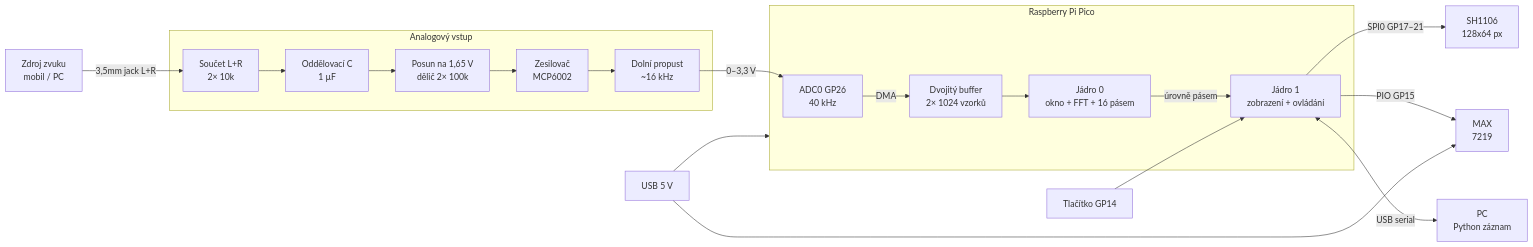
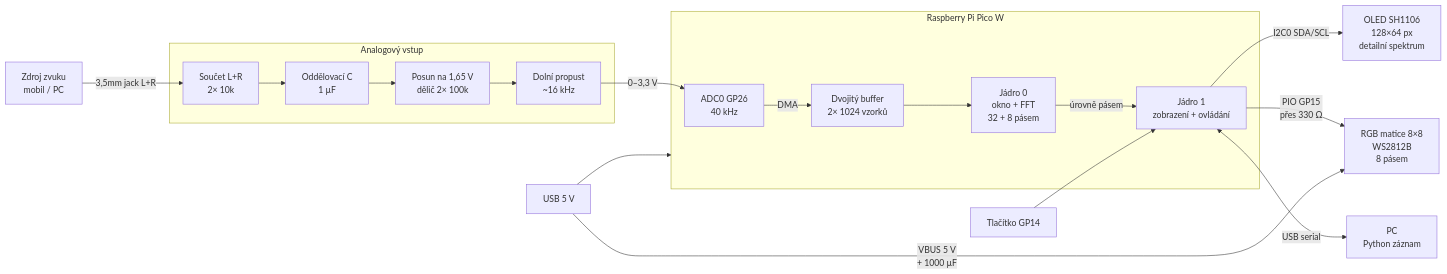
One commit to Rauf16/de2-audio-spectrum changed the diagram in README.md. Above: the diagram before and after it, drawn with Mermaid. The commit also changed other lines of this file, not shown here.

First line of the commit message:
Revise README with flowchart updates and details

````diff
--- a/README.md
+++ b/README.md
@@ -24,19 +24,19 @@
 ```mermaid
 flowchart LR
   SRC[Zdroj zvuku<br/>mobil / PC] -->|3,5mm jack L+R| MIX
   subgraph AFE[Analogový vstup]
-    MIX[Součet L+R<br/>2× 10k] --> CAP[Oddělovací C<br/>1 µF] --> BIAS[Posun na 1,65 V<br/>dělič 2× 100k] --> AMP[Zesilovač<br/>MCP6002] --> LPF[Dolní propust<br/>~16 kHz]
+    MIX[Součet L+R<br/>2× 10k] --> CAP[Oddělovací C<br/>1 µF] --> BIAS[Posun na 1,65 V<br/>dělič 2× 100k] --> LPF[Dolní propust<br/>~16 kHz]
   end
   LPF -->|0–3,3 V| ADC
-  subgraph PICO[Raspberry Pi Pico]
+  subgraph PICO[Raspberry Pi Pico W]
     ADC[ADC0 GP26<br/>40 kHz] -->|DMA| BUF[Dvojitý buffer<br/>2× 1024 vzorků]
-    BUF --> C0[Jádro 0<br/>okno + FFT + 16 pásem]
+    BUF --> C0[Jádro 0<br/>okno + FFT<br/>32 + 8 pásem]
     C0 -->|úrovně pásem| C1[Jádro 1<br/>zobrazení + ovládání]
   end
-  C1 -->|SPI0 GP17–21| LCD[SH1106<br/>128x64 px]
-  C1 -->|PIO GP15| LED[MAX<br/>7219]
+  C1 -->|I2C0 SDA/SCL| OLED[OLED SH1106<br/>128×64 px<br/>detailní spektrum]
+  C1 -->|PIO GP15<br/>přes 330 Ω| RGB[RGB matice 8×8<br/>WS2812B<br/>8 pásem]
   BTN[Tlačítko GP14] --> C1
   C1 <-->|USB serial| PC[PC<br/>Python záznam]
   PWR[USB 5 V] --> PICO
-  PWR --> LED
+  PWR -->|VBUS 5 V<br/>+ 1000 µF| RGB
 ```
````
